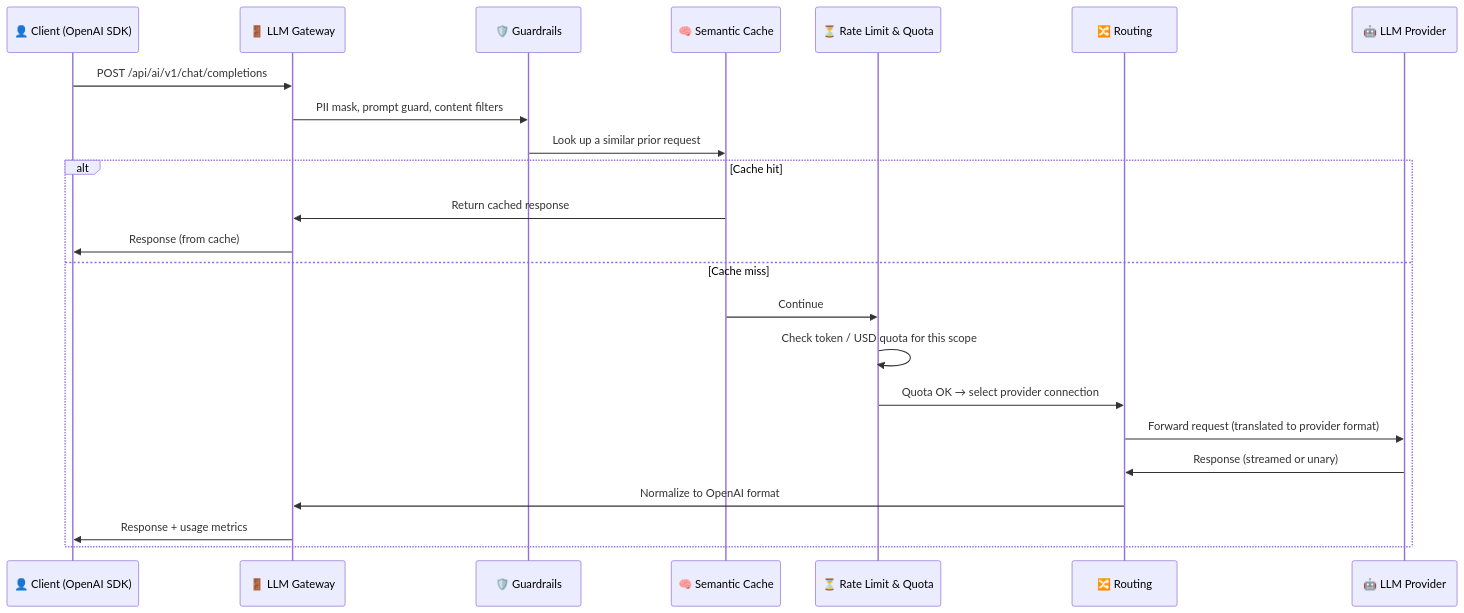
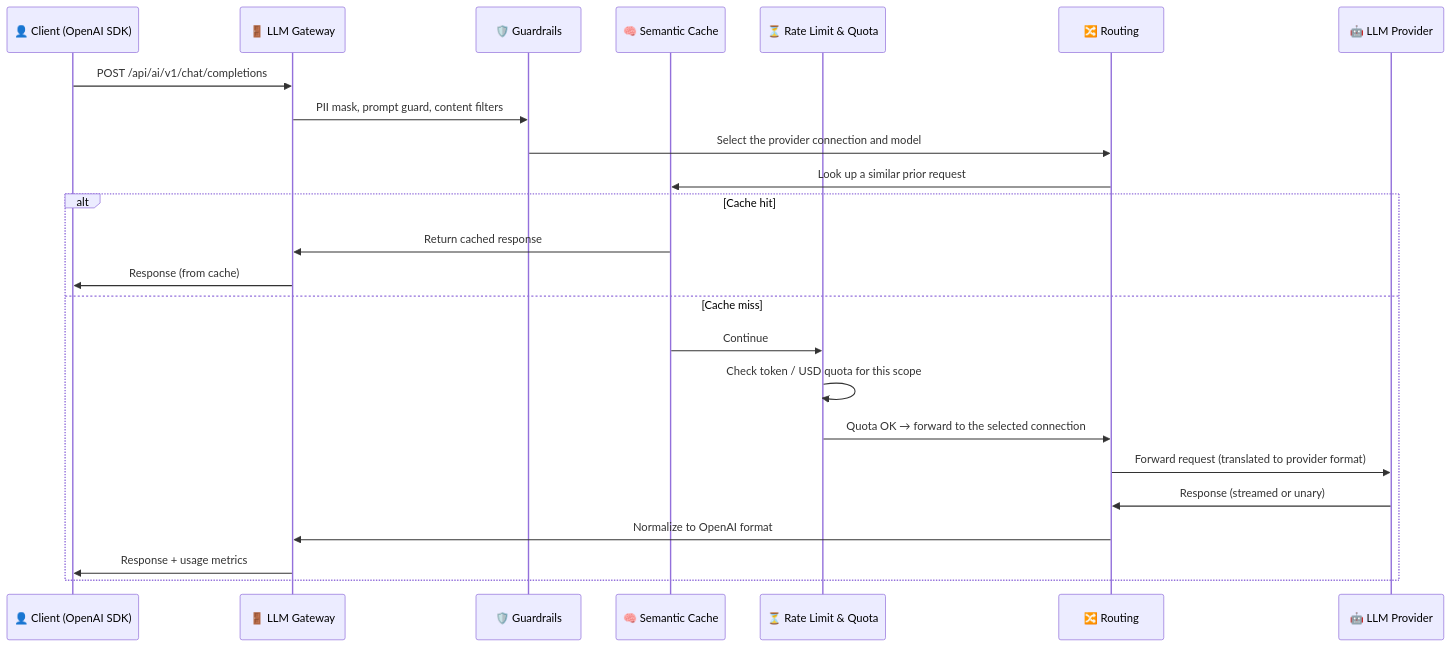
The diagram in en/ai-gateway/overview.mdx (apinizer/docs), drawn with Mermaid before and after one commit. The commit also changed other lines of this file and 100 other files, not shown here.

````diff
--- a/en/ai-gateway/overview.mdx
+++ b/en/ai-gateway/overview.mdx
@@ -50,27 +55,28 @@
 ```mermaid
 sequenceDiagram
     participant Client as 👤 Client (OpenAI SDK)
     participant Gateway as 🚪 LLM Gateway
     participant Guardrails as 🛡️ Guardrails
     participant Cache as 🧠 Semantic Cache
     participant Quota as ⏳ Rate Limit & Quota
     participant Router as 🔀 Routing
     participant Provider as 🤖 LLM Provider
 
     Client->>Gateway: POST /api/ai/v1/chat/completions
     Gateway->>Guardrails: PII mask, prompt guard, content filters
-    Guardrails->>Cache: Look up a similar prior request
+    Guardrails->>Router: Select the provider connection and model
+    Router->>Cache: Look up a similar prior request
 
     alt Cache hit
         Cache->>Gateway: Return cached response
         Gateway->>Client: Response (from cache)
     else Cache miss
         Cache->>Quota: Continue
         Quota->>Quota: Check token / USD quota for this scope
-        Quota->>Router: Quota OK → select provider connection
+        Quota->>Router: Quota OK → forward to the selected connection
         Router->>Provider: Forward request (translated to provider format)
         Provider->>Router: Response (streamed or unary)
         Router->>Gateway: Normalize to OpenAI format
         Gateway->>Client: Response + usage metrics
     end
 ```
````
